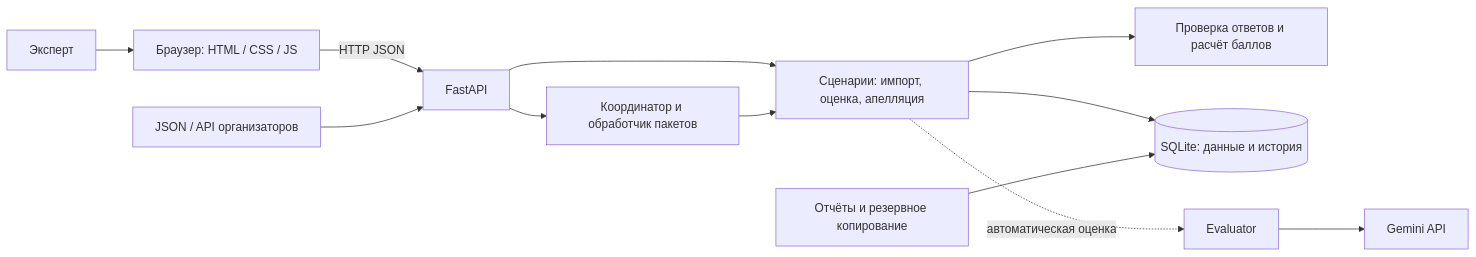
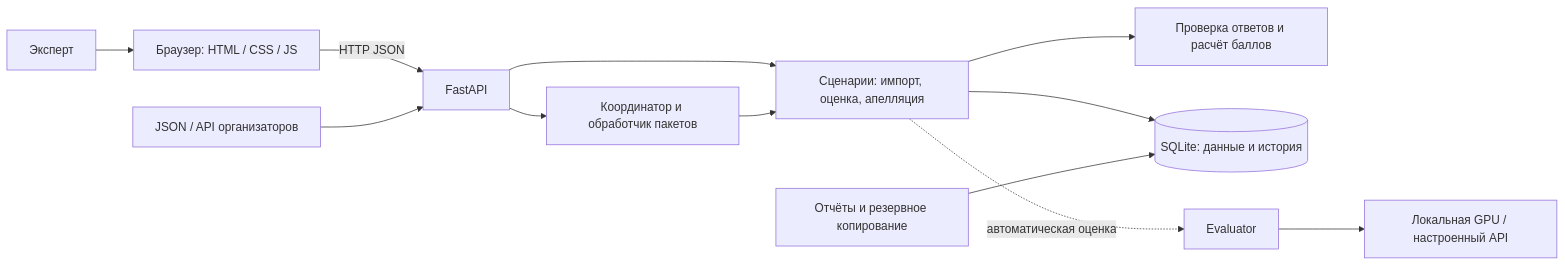
One commit to 8zellorr8/data_ch changed the diagram in README.md. Above: the diagram before and after it, drawn with Mermaid. The commit also changed other lines of this file and 22 other files, not shown here.

````diff
--- a/README.md
+++ b/README.md
@@ -87,14 +88,14 @@
 ```mermaid
 flowchart LR
     User[Эксперт] --> UI[Браузер: HTML / CSS / JS]
     UI -->|HTTP JSON| API[FastAPI]
     Data[JSON / API организаторов] --> API
     API --> Services[Сценарии: импорт, оценка, апелляция]
     Services --> Rules[Проверка ответов и расчёт баллов]
     Services --> DB[(SQLite: данные и история)]
     API --> Jobs[Координатор и обработчик пакетов]
     Jobs --> Services
     Services -. автоматическая оценка .-> Adapter[Evaluator]
-    Adapter --> AI[Gemini API]
+    Adapter --> AI[Локальная GPU / настроенный API]
     CLI[Отчёты и резервное копирование] --> DB
 ```
````
